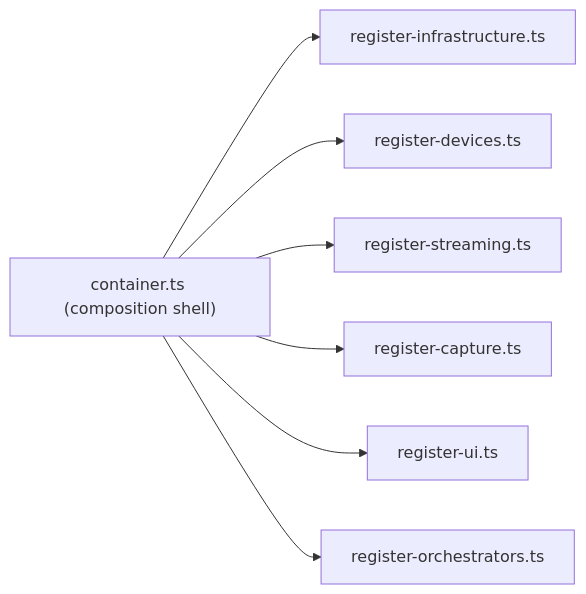
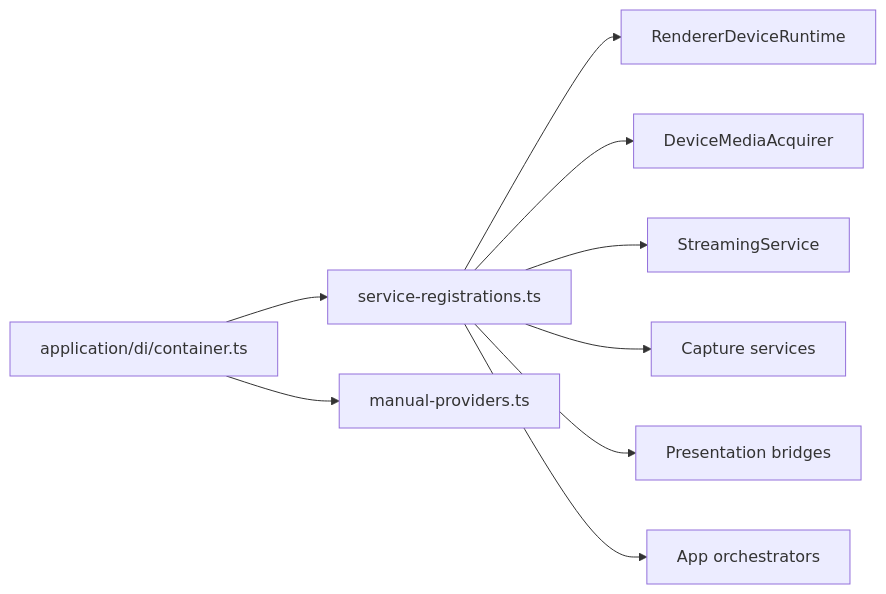
The first of 8 diagrams in docs/architecture-diagrams.md (josstei/prismgb-app), drawn with Mermaid before and after one commit. The commit also changed other lines of this file and 151 other files, not shown here.

````diff
--- a/docs/architecture-diagrams.md
+++ b/docs/architecture-diagrams.md
@@ -17,17 +20,21 @@
 ```mermaid
 flowchart LR
-  Container["container.ts (composition shell)"]
-  Infra["register-infrastructure.ts"]
-  Devices["register-devices.ts"]
-  Streaming["register-streaming.ts"]
-  Capture["register-capture.ts"]
-  UI["register-ui.ts"]
-  Orchestrators["register-orchestrators.ts"]
+  Container["application/di/container.ts"]
+  Standard["service-registrations.ts"]
+  Manual["manual-providers.ts"]
+  DeviceRuntime[RendererDeviceRuntime]
+  MediaAcquirer[DeviceMediaAcquirer]
+  StreamingService[StreamingService]
+  CaptureServices[Capture services]
+  PresentationBridges[Presentation bridges]
+  Orchestrators[App orchestrators]
 
-  Container --> Infra
-  Container --> Devices
-  Container --> Streaming
-  Container --> Capture
-  Container --> UI
-  Container --> Orchestrators
+  Container --> Standard
+  Container --> Manual
+  Standard --> DeviceRuntime
+  Standard --> MediaAcquirer
+  Standard --> StreamingService
+  Standard --> CaptureServices
+  Standard --> PresentationBridges
+  Standard --> Orchestrators
 ```
````
